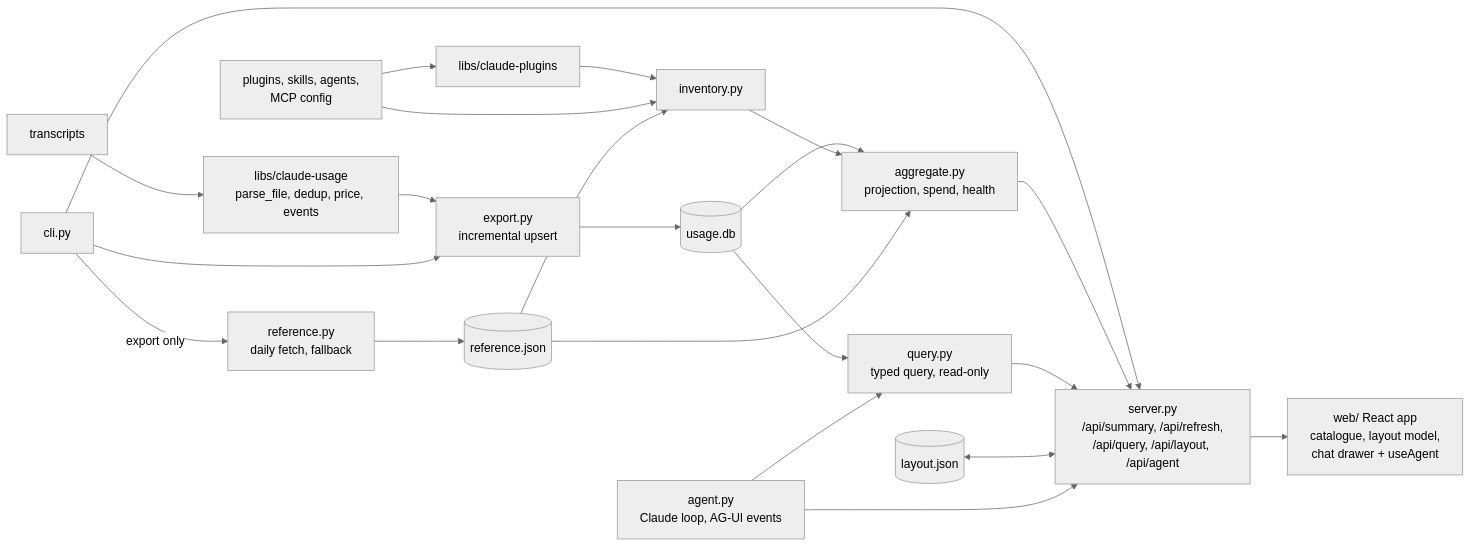
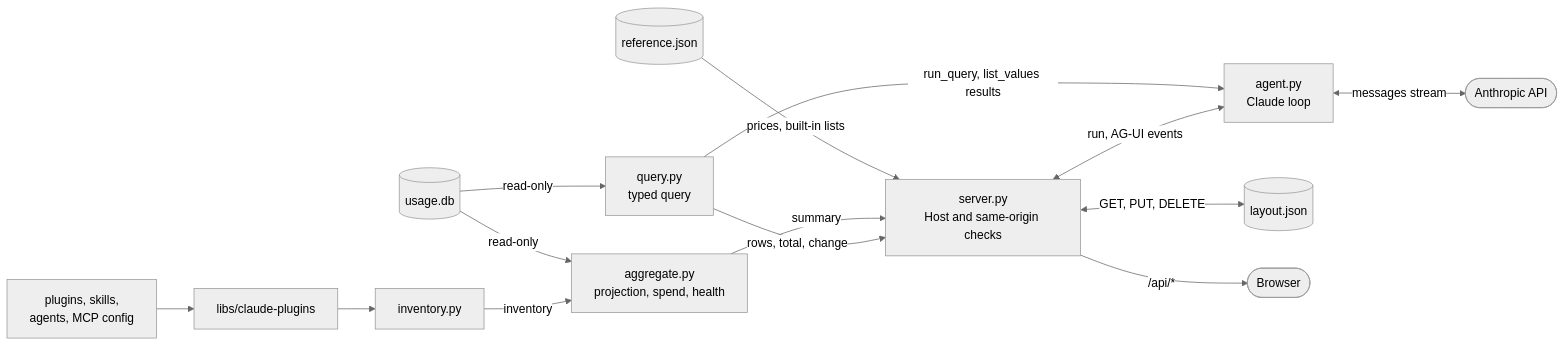
The fourth of 7 diagrams in apps/usage-insights/product/ARCHITECTURE.md (cheneeheng/claude-code-command-center), drawn with Mermaid (neutral theme) before and after one commit. The commit also changed other lines of this file, not shown here.

First line of the commit message:
docs(usage-insights): restructure ARCHITECTURE.md for new readers

````diff
--- a/apps/usage-insights/product/ARCHITECTURE.md
+++ b/apps/usage-insights/product/ARCHITECTURE.md
@@ -28,24 +120,16 @@
 ```mermaid
 flowchart LR
-  T["transcripts"] --> CU["libs/claude-usage<br/>parse_file, dedup, price, events"]
-  CU --> EX["export.py<br/>incremental upsert"]
-  EX --> DB[("usage.db")]
-  P["plugins, skills, agents,<br/>MCP config"] --> CP["libs/claude-plugins"]
-  CP --> INV["inventory.py"]
-  P --> INV
-  DB --> AG["aggregate.py<br/>projection, spend, health"]
-  INV --> AG
-  CLI["cli.py"] --> SV
-  CLI --> EX
-  CLI -->|"export only"| REF["reference.py<br/>daily fetch, fallback"]
-  REF --> RJ[("reference.json")]
-  RJ --> AG
-  RJ --> INV
-  DB --> Q["query.py<br/>typed query, read-only"]
-  AG --> SV["server.py<br/>/api/summary, /api/refresh,<br/>/api/query, /api/layout, /api/agent"]
-  Q --> SV
-  LJ[("layout.json")] <--> SV
-  AGT["agent.py<br/>Claude loop, AG-UI events"] --> SV
-  AGT --> Q
-  SV --> UI["web/ React app<br/>catalogue, layout model,<br/>chat drawer + useAgent"]
+    DB[("usage.db")] -->|"read-only"| AG["aggregate.py<br/>projection, spend, health"]
+    DB -->|"read-only"| Q["query.py<br/>typed query"]
+    CFG["plugins, skills,<br/>agents, MCP config"] --> CP["libs/claude-plugins"] --> INV["inventory.py"]
+    RJ[("reference.json")] -->|"prices, built-in lists"| SV
+
+    INV -->|inventory| AG
+    AG -->|summary| SV["server.py<br/>Host and same-origin checks"]
+    Q -->|"rows, total, change"| SV
+    Q -->|"run_query, list_values results"| AGT
+    SV <-->|"run, AG-UI events"| AGT["agent.py<br/>Claude loop"]
+    AGT <-->|"messages stream"| API([Anthropic API])
+    SV <-->|"GET, PUT, DELETE"| LJ[("layout.json")]
+    SV -->|"/api/*"| B([Browser])
 ```
````
